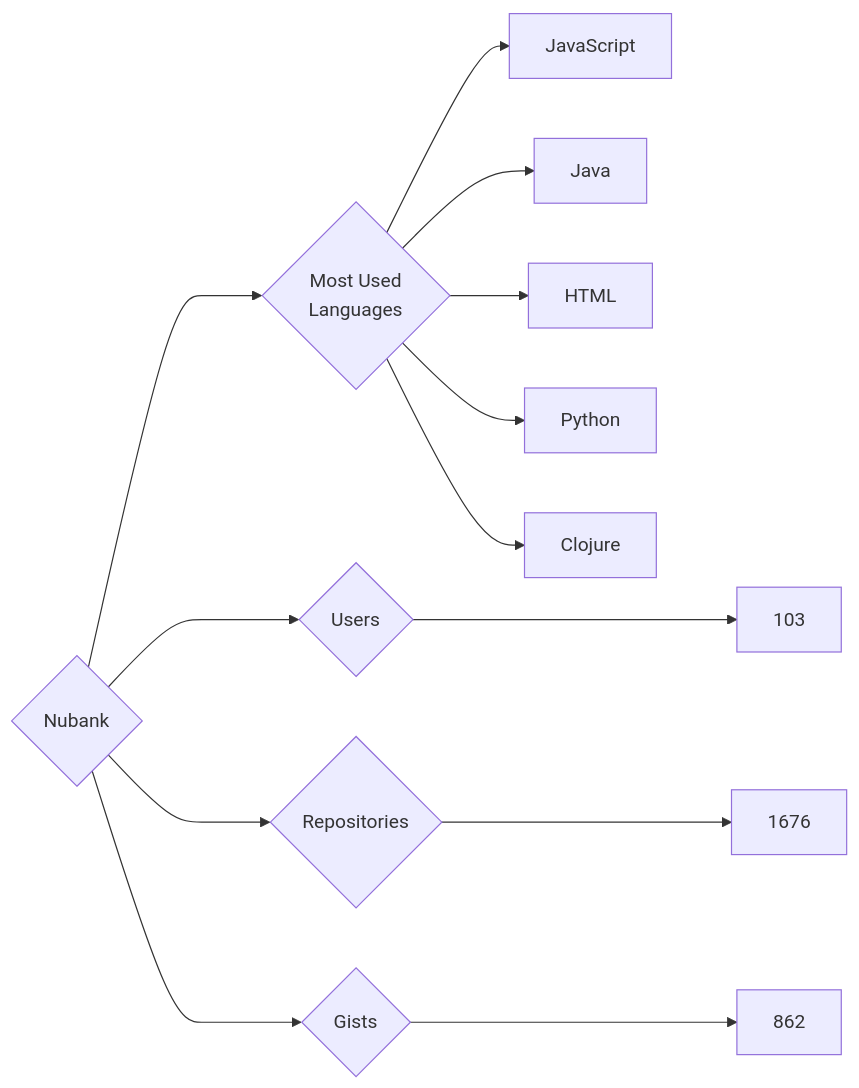
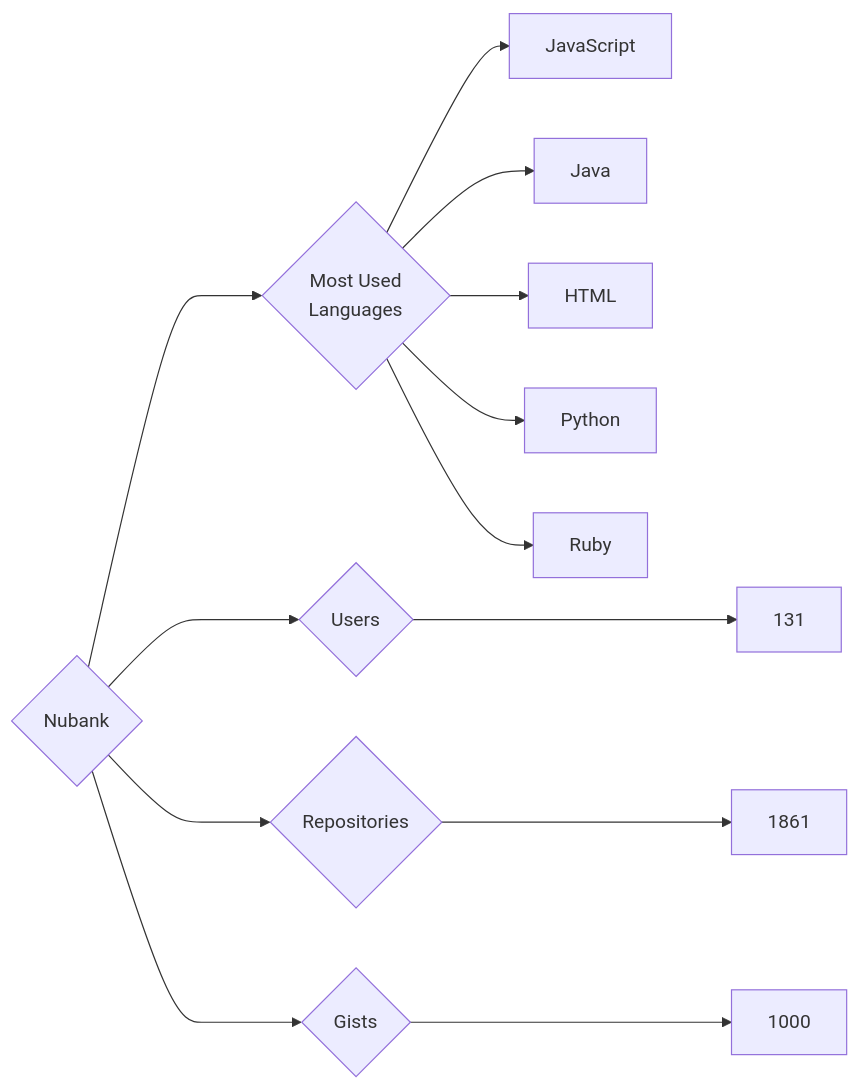
The diagram in targets/Nubank/README.md (trickest/insiders), drawn with Mermaid before and after one commit. The commit also changed 912 other files, not shown here.

````diff
--- a/targets/Nubank/README.md
+++ b/targets/Nubank/README.md
@@ -3,13 +3,13 @@
 ```mermaid
 graph LR
 COMPANY_NAME{Nubank}
-COMPANY_NAME ---> U{Users} ---> UN[103]
-COMPANY_NAME ---> R{Repositories} ---> RN[1676]
-COMPANY_NAME ---> G{Gists} ---> GN[862]
+COMPANY_NAME ---> U{Users} ---> UN[131]
+COMPANY_NAME ---> R{Repositories} ---> RN[1861]
+COMPANY_NAME ---> G{Gists} ---> GN[1000]
 COMPANY_NAME ---> ML{Most Used<br>Languages}
 ML --> JavaScript[JavaScript]
 ML --> Java[Java]
 ML --> HTML[HTML]
 ML --> Python[Python]
-ML --> Clojure[Clojure]
+ML --> Ruby[Ruby]
 ```
````
